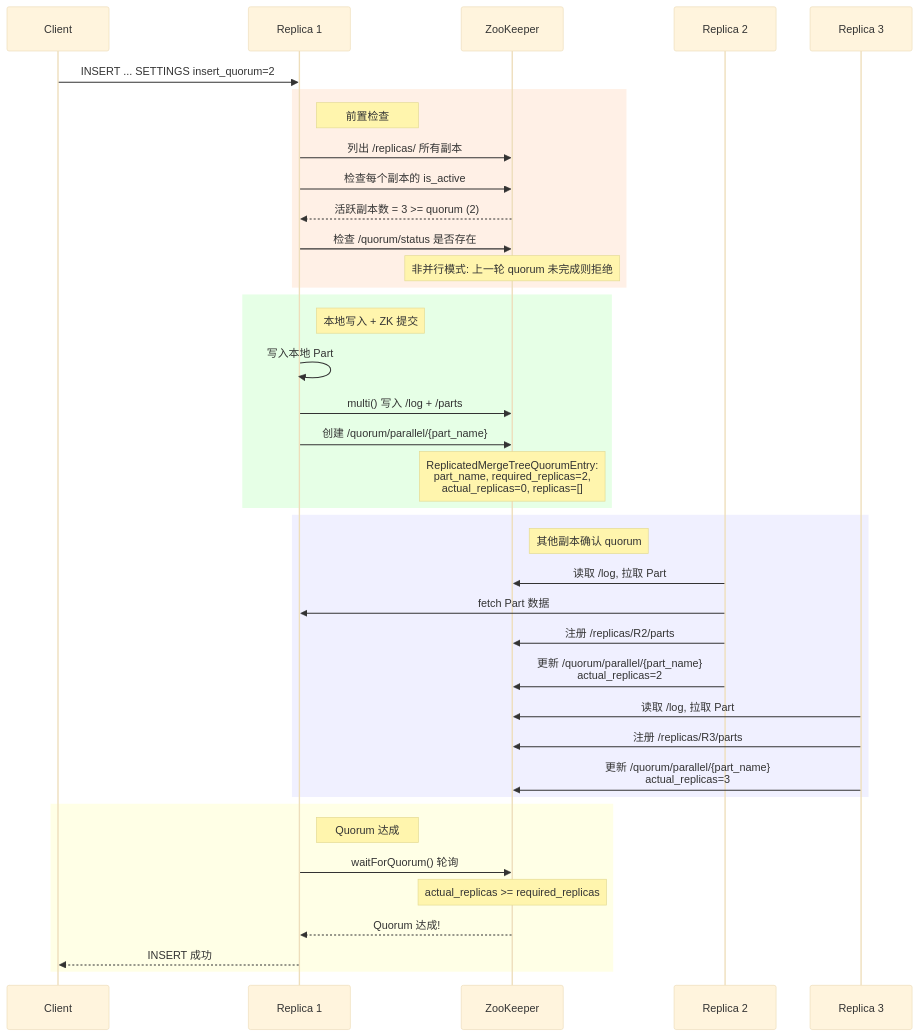
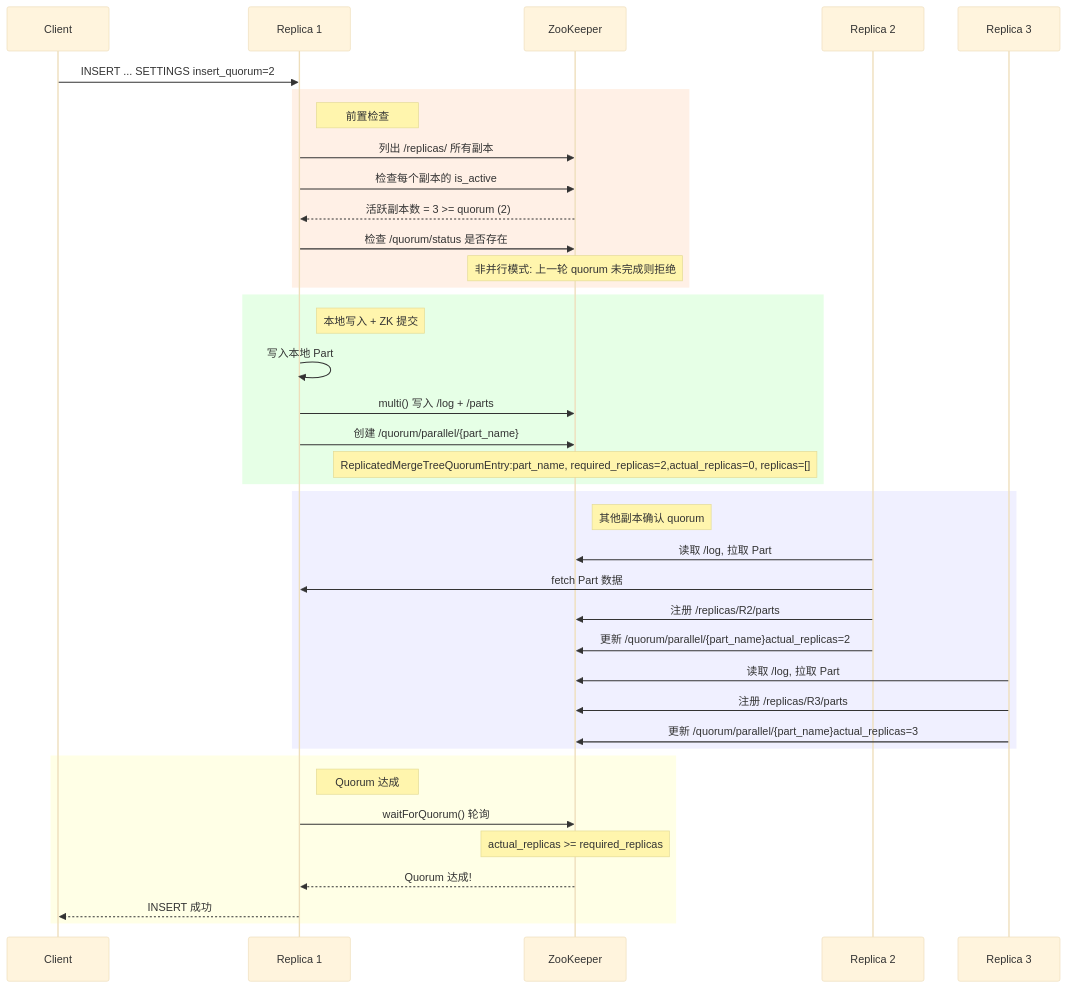
The fourth of 14 diagrams in Database/ClickHouse/clickhouse的一致性分析.md (carlvinhust2012/MyStudy), drawn with Mermaid (base theme) before and after one commit. The commit also changed other lines of this file, not shown here.

````diff
--- a/Database/ClickHouse/clickhouse的一致性分析.md
+++ b/Database/ClickHouse/clickhouse的一致性分析.md
@@ -184,47 +184,47 @@
 ```mermaid
 sequenceDiagram
     participant C as Client
     participant R1 as Replica 1
     participant ZK as ZooKeeper
     participant R2 as Replica 2
     participant R3 as Replica 3
 
     C->>R1: INSERT ... SETTINGS insert_quorum=2
 
     rect rgb(255, 240, 230)
         Note right of R1: 前置检查
         R1->>ZK: 列出 /replicas/ 所有副本
         R1->>ZK: 检查每个副本的 is_active
         ZK-->>R1: 活跃副本数 = 3 >= quorum (2)
         R1->>ZK: 检查 /quorum/status 是否存在
         Note over ZK: 非并行模式: 上一轮 quorum 未完成则拒绝
     end
 
     rect rgb(230, 255, 230)
         Note right of R1: 本地写入 + ZK 提交
         R1->>R1: 写入本地 Part
         R1->>ZK: multi() 写入 /log + /parts
         R1->>ZK: 创建 /quorum/parallel/{part_name}
-        Note over ZK: ReplicatedMergeTreeQuorumEntry:<br/>part_name, required_replicas=2,<br/>actual_replicas=0, replicas=[]
+        Note over ZK: ReplicatedMergeTreeQuorumEntry:part_name, required_replicas=2,actual_replicas=0, replicas=[]
     end
 
     rect rgb(240, 240, 255)
         Note right of ZK: 其他副本确认 quorum
         R2->>ZK: 读取 /log, 拉取 Part
         R2->>R1: fetch Part 数据
         R2->>ZK: 注册 /replicas/R2/parts
-        R2->>ZK: 更新 /quorum/parallel/{part_name}<br/>actual_replicas=2
+        R2->>ZK: 更新 /quorum/parallel/{part_name}actual_replicas=2
 
         R3->>ZK: 读取 /log, 拉取 Part
         R3->>ZK: 注册 /replicas/R3/parts
-        R3->>ZK: 更新 /quorum/parallel/{part_name}<br/>actual_replicas=3
+        R3->>ZK: 更新 /quorum/parallel/{part_name}actual_replicas=3
     end
 
     rect rgb(255, 255, 230)
         Note right of R1: Quorum 达成
         R1->>ZK: waitForQuorum() 轮询
         Note over ZK: actual_replicas >= required_replicas
         ZK-->>R1: Quorum 达成!
         R1-->>C: INSERT 成功
     end
 ```
````
